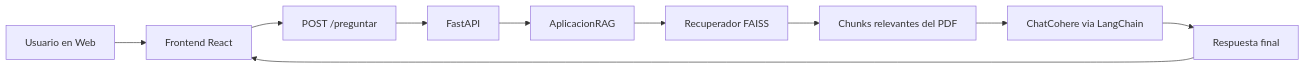
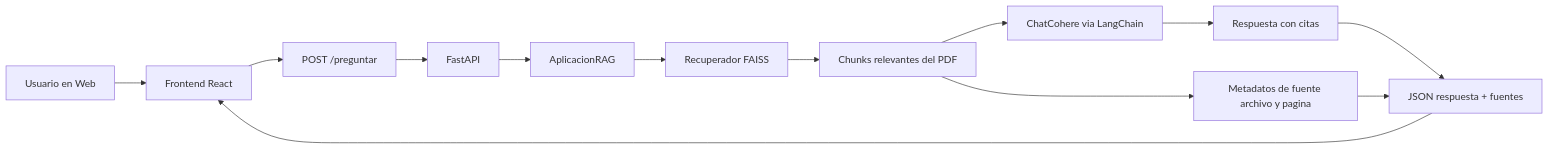
One commit to Ernestoamc/Challenge-Alura changed the diagram in README.md. Above: the diagram before and after it, drawn with Mermaid. The commit also changed other lines of this file, not shown here.

````diff
--- a/README.md
+++ b/README.md
@@ -32,12 +32,15 @@
 ```mermaid
 flowchart LR
     A[Usuario en Web] --> B[Frontend React]
     B --> C[POST /preguntar]
     C --> D[FastAPI]
     D --> E[AplicacionRAG]
     E --> F[Recuperador FAISS]
     F --> G[Chunks relevantes del PDF]
     G --> H[ChatCohere via LangChain]
-    H --> I[Respuesta final]
-    I --> B
+    H --> I[Respuesta con citas]
+    G --> J[Metadatos de fuente archivo y pagina]
+    I --> K[JSON respuesta + fuentes]
+    J --> K
+    K --> B
 ```
````
